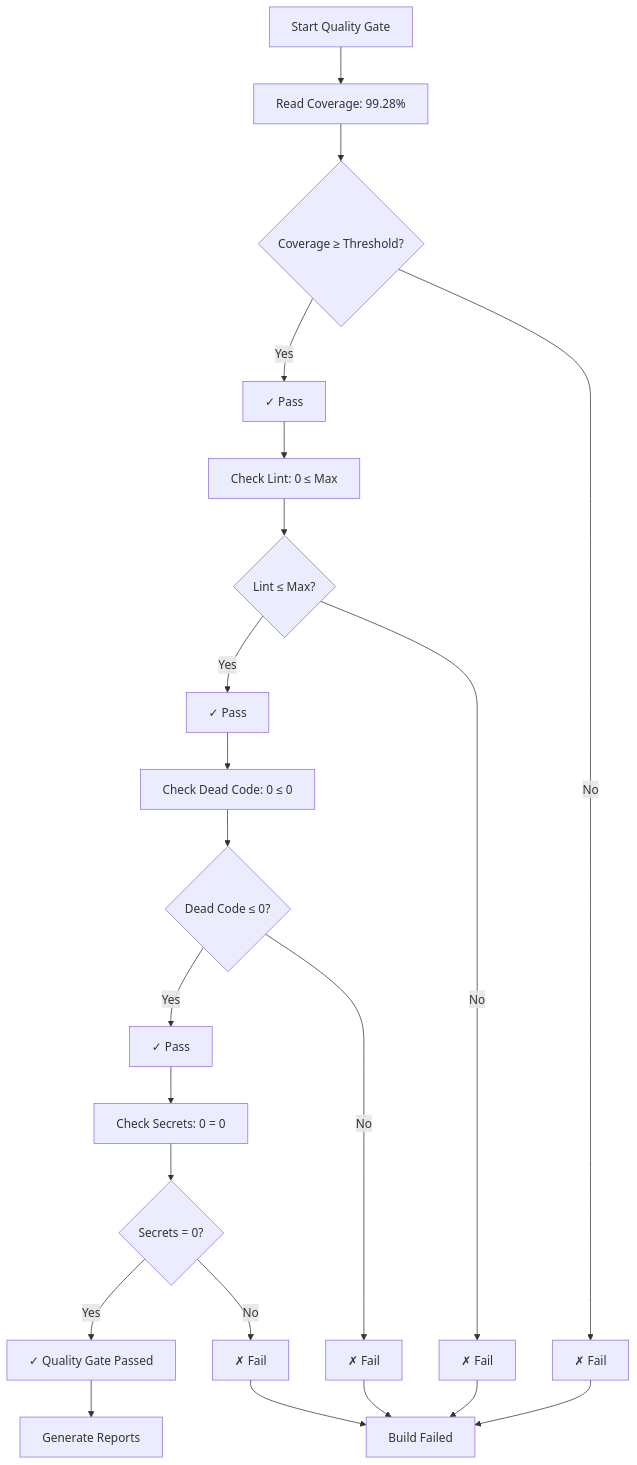
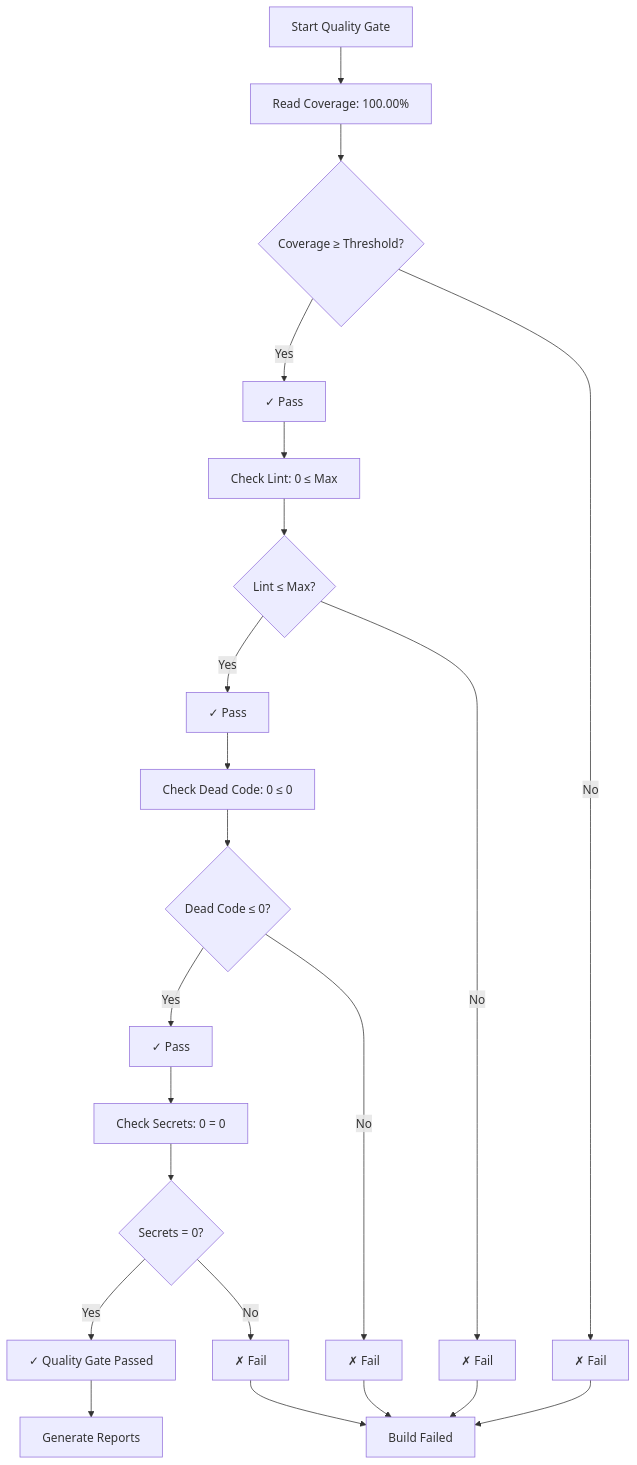
One commit to ericodx/swift-member-lineup changed the third of 6 diagrams in Docs/CI/README.md. Above: the diagram before and after it, drawn with Mermaid. The commit also changed other lines of this file, not shown here.

Commit message:
docs: change coverage metric from regions to lines

````diff
--- a/Docs/CI/README.md
+++ b/Docs/CI/README.md
@@ -95,31 +95,31 @@
 ```mermaid
 flowchart TD
-    A[Start Quality Gate] --> B[Read Coverage: 99.28%]
+    A[Start Quality Gate] --> B[Read Coverage: 100.00%]
     B --> C{Coverage ≥ Threshold?}
     C -->|Yes| D[✓ Pass]
     C -->|No| E[✗ Fail]
 
     D --> F[Check Lint: 0 ≤ Max]
     E --> Z[Build Failed]
 
     F --> G{Lint ≤ Max?}
     G -->|Yes| H[✓ Pass]
     G -->|No| I[✗ Fail]
 
     H --> J[Check Dead Code: 0 ≤ 0]
     I --> Z
 
     J --> K{Dead Code ≤ 0?}
     K -->|Yes| L[✓ Pass]
     K -->|No| M[✗ Fail]
 
     L --> N[Check Secrets: 0 = 0]
     M --> Z
 
     N --> O{Secrets = 0?}
     O -->|Yes| P[✓ Quality Gate Passed]
     O -->|No| Q[✗ Fail]
 
     P --> R[Generate Reports]
     Q --> Z
 ```
````
